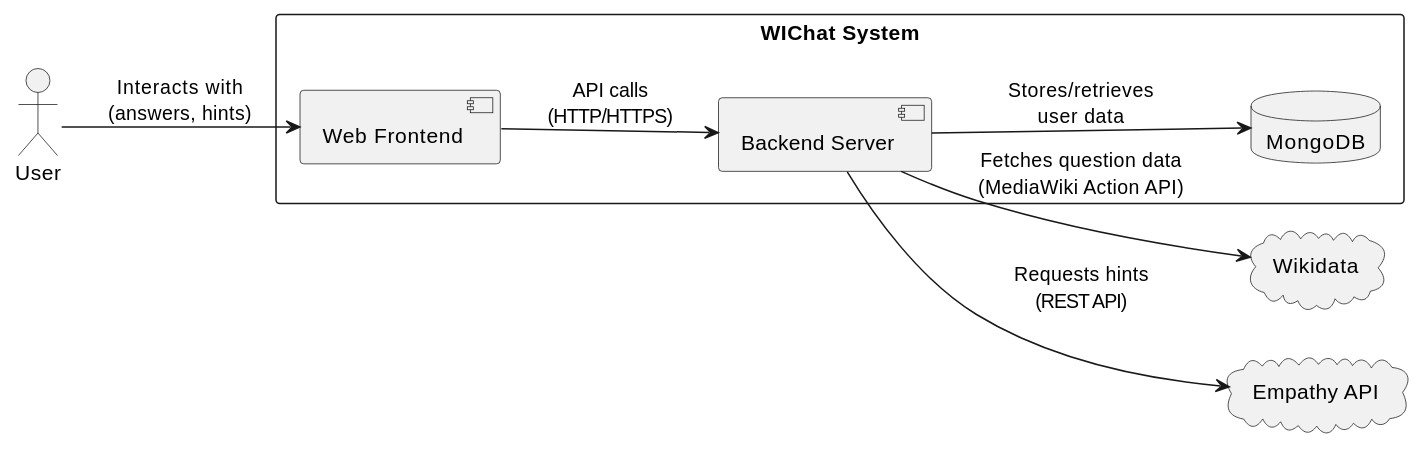
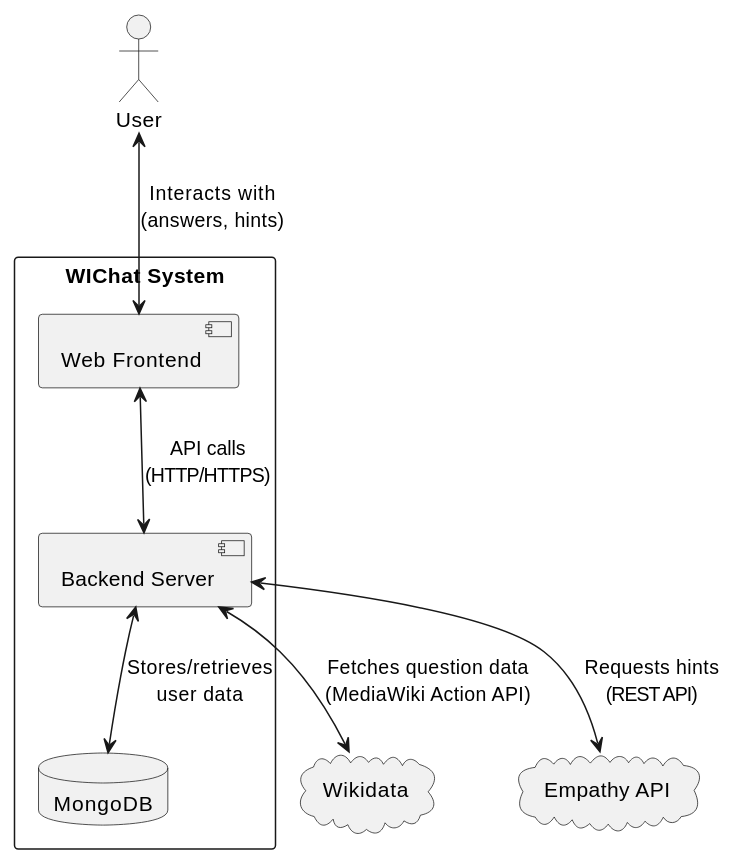
One commit to Arquisoft/wichat_en1b changed the first of 2 diagrams in docs/src/03_context_and_scope.adoc. Above: the diagram before and after it, drawn with PlantUML. The commit also changed other lines of this file, not shown here.

Commit message:
Finally corrected uml diagrams

```diff
--- a/docs/src/03_context_and_scope.adoc
+++ b/docs/src/03_context_and_scope.adoc
@@ -27,20 +27,17 @@
-[plantuml, context-diagram, svg]
+[plantuml,"System Context Diagram",png]
 ----
-left to right direction
+actor User
+rectangle "WIChat System" {
+  component "Web Frontend" as Frontend
+  component "Backend Server" as Backend
+  database "MongoDB" as Database
+}
+cloud "Wikidata" as Wikidata
+cloud "Empathy API" as Empathy
 
-rectangle "WIChat System" {
-  component "Web Frontend" as frontend
-  component "Backend Server" as backend
-  database "MongoDB" as db
-}
-
-actor "User" as user
-cloud "Wikidata" as wikidata
-cloud "Empathy API" as empathy
-
-user --> frontend : Interacts with\n(answers, hints)
-frontend --> backend : API calls\n(HTTP/HTTPS)
-backend --> wikidata : Fetches question data\n(MediaWiki Action API)
-backend --> empathy : Requests hints\n(REST API)
-backend --> db : Stores/retrieves\nuser data
+User <--> Frontend : Interacts with\n(answers, hints)
+Frontend <--> Backend : API calls\n(HTTP/HTTPS)
+Backend <--> Wikidata : Fetches question data\n(MediaWiki Action API)
+Backend <--> Empathy : Requests hints\n(REST API)
+Backend <--> Database : Stores/retrieves\nuser data
 ----
```
